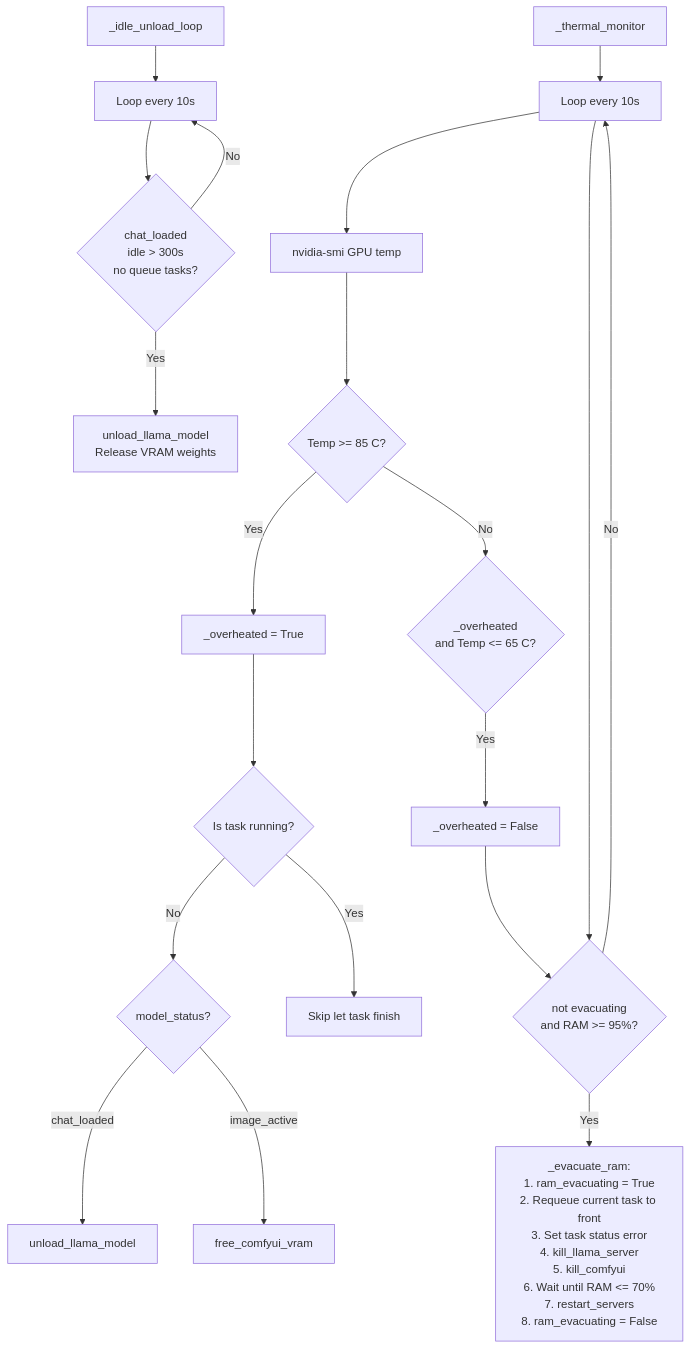
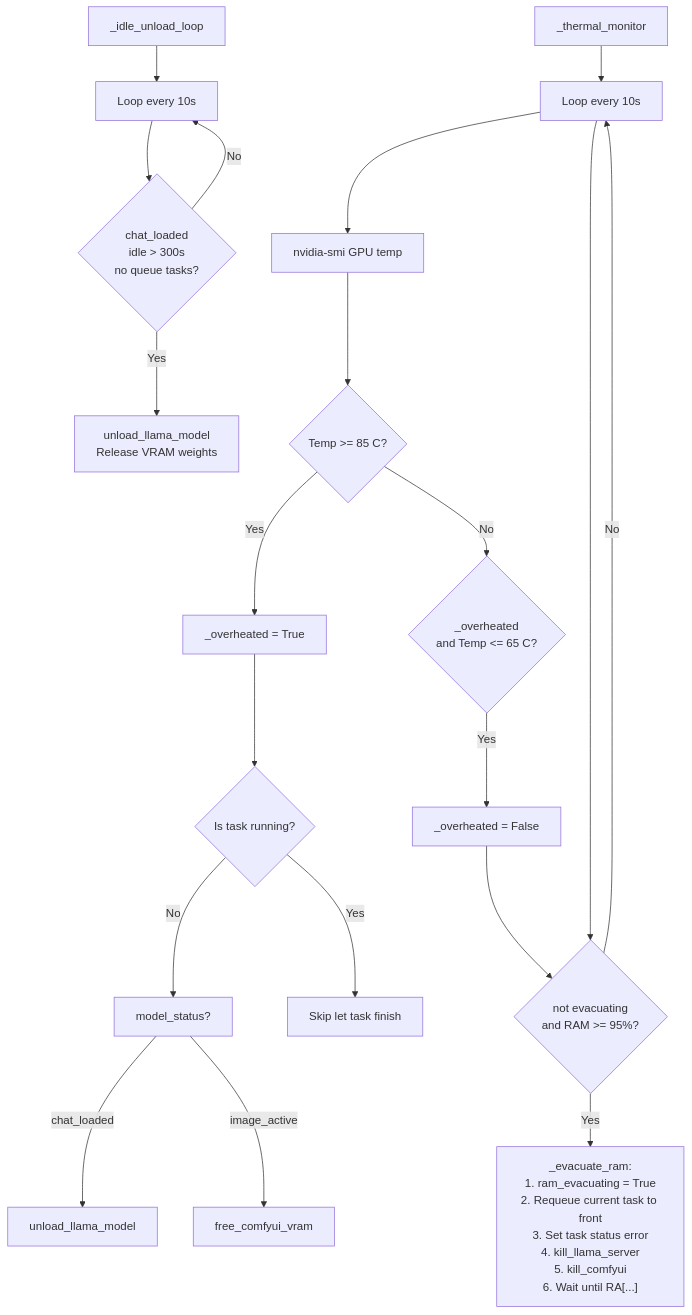
Before and after one commit to Palash90/local-ai: diagram 12 of 12 in README.md, drawn with Mermaid. The commit also changed other lines of this file, not shown here.

````diff
--- a/README.md
+++ b/README.md
@@ -309,24 +343,24 @@
 ```mermaid
 graph TD
     E4["_thermal_monitor"] --> ThermalLoop["Loop every 10s"]
     ThermalLoop --> CheckGPU["nvidia-smi GPU temp"]
     CheckGPU --> GPUTempCheck{"Temp >= 85 C?"}
     GPUTempCheck -- Yes --> SetOverheat["_overheated = True"]
     GPUTempCheck -- No --> CheckCool{"_overheated\nand Temp <= 65 C?"}
     CheckCool -- Yes --> UnsetOverheat["_overheated = False"]
     SetOverheat --> ThermalAction{"Is task running?"}
-    ThermalAction -- No --> ThermalUnload{"model_status?"}
+    ThermalAction -- No --> ThermalUnload["model_status?"]
     ThermalUnload -- "chat_loaded" --> UnloadModel["unload_llama_model"]
     ThermalUnload -- "image_active" --> FreeVRAM["free_comfyui_vram"]
     ThermalAction -- Yes --> ThermalSkip["Skip let task finish"]
     UnsetOverheat --> RAMCheck1
 
     ThermalLoop --> RAMCheck1{"not evacuating\nand RAM >= 95%?"}
-    RAMCheck1 -- Yes --> EvacuateRAM["_evacuate_ram:\n1. ram_evacuating = True\n2. Requeue current task to front\n3. Set task status error\n4. kill_llama_server\n5. kill_comfyui\n6. Wait until RAM <= 70%\n7. restart_servers\n8. ram_evacuating = False"]
+    RAMCheck1 -- Yes --> EvacuateRAM["_evacuate_ram:\n1. ram_evacuating = True\n2. Requeue current task to front\n3. Set task status error\n4. kill_llama_server\n5. kill_comfyui\n6. Wait until RA[...]" ]
     RAMCheck1 -- No --> ThermalLoop
 
     E3["_idle_unload_loop"] --> IdleLoop["Loop every 10s"]
     IdleLoop --> IdleCheck{"chat_loaded\nidle > 300s\nno queue tasks?"}
     IdleCheck -- Yes --> UnloadModel2["unload_llama_model\nRelease VRAM weights"]
     IdleCheck -- No --> IdleLoop
 ```
````
